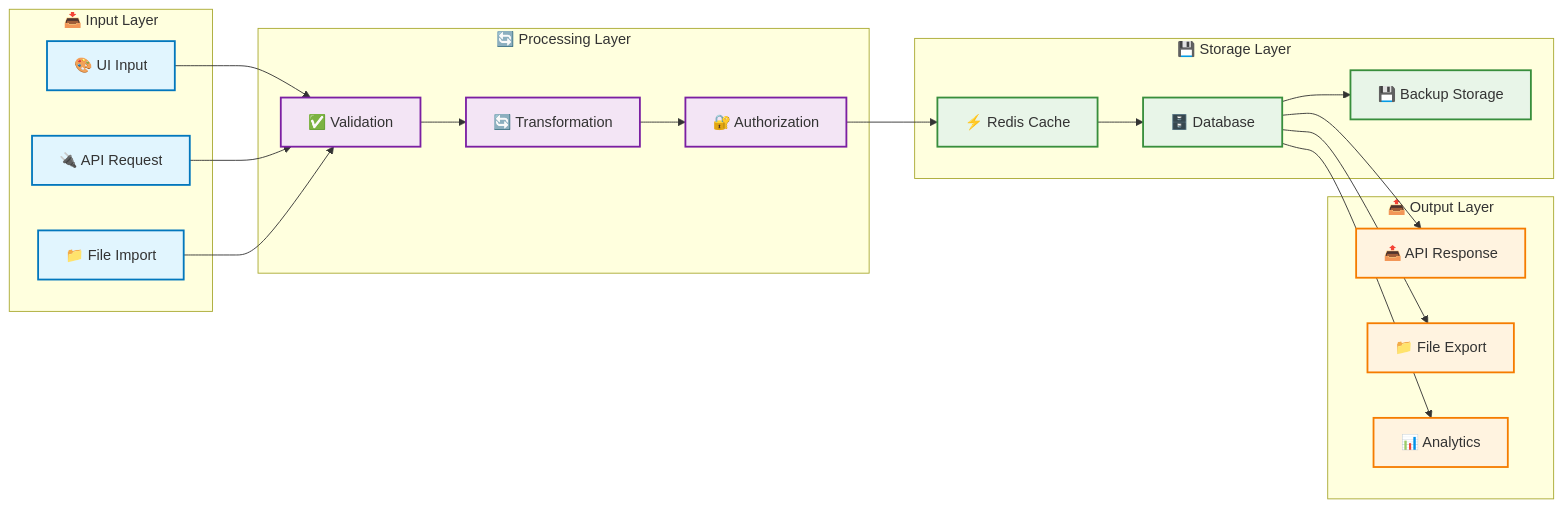
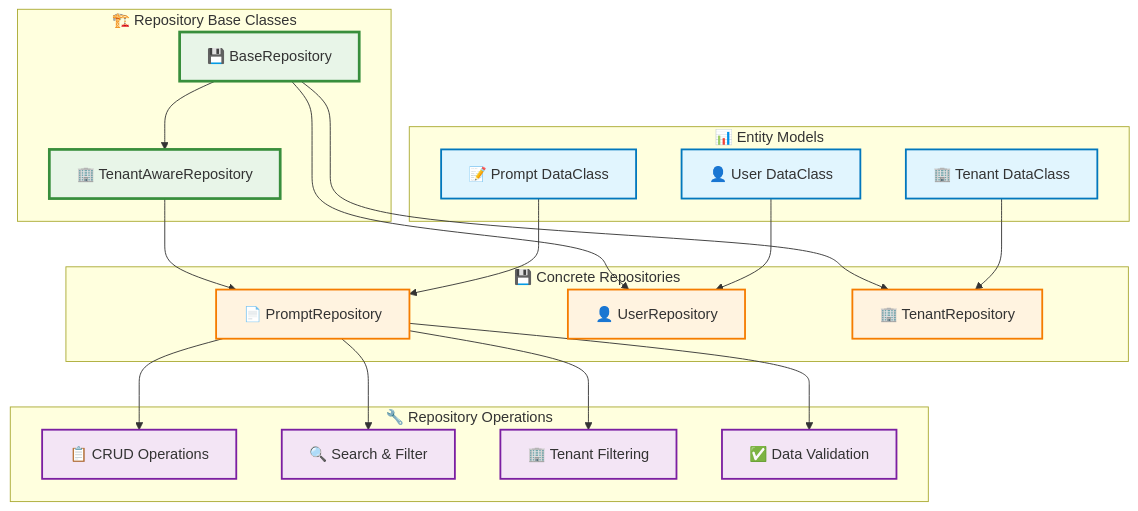
Before and after one commit to MakerCorn/ai-prompt-manager: the eighth of 16 diagrams in ARCHITECTURE.md, drawn with Mermaid. The commit also changed other lines of this file and 39 other files, not shown here.

````diff
--- a/ARCHITECTURE.md
+++ b/ARCHITECTURE.md
@@ -406,51 +508,50 @@
 ```mermaid
-graph LR
-    subgraph "📥 Input Layer"
-        UI[🎨 UI Input]
-        API[🔌 API Request]
-        FILE[📁 File Import]
+graph TB
+    subgraph "🏗️ Repository Base Classes"
+        BASE_REPO[💾 BaseRepository<T>]
+        TENANT_REPO[🏢 TenantAwareRepository<T>]
     end
 
-    subgraph "🔄 Processing Layer"
-        VALID[✅ Validation]
-        TRANS[🔄 Transformation]
-        AUTH[🔐 Authorization]
+    subgraph "📊 Entity Models"
+        PROMPT_MODEL[📝 Prompt DataClass]
+        USER_MODEL[👤 User DataClass]
+        TENANT_MODEL[🏢 Tenant DataClass]
     end
 
-    subgraph "💾 Storage Layer"
-        CACHE[⚡ Redis Cache]
-        DB[🗄️ Database]
-        BACKUP[💾 Backup Storage]
+    subgraph "💾 Concrete Repositories"
+        PROMPT_REPO[📄 PromptRepository]
+        USER_REPO[👤 UserRepository]
+        TENANT_REPO_IMPL[🏢 TenantRepository]
     end
 
-    subgraph "📤 Output Layer"
-        RESPONSE[📤 API Response]
-        EXPORT[📁 File Export]
-        METRICS[📊 Analytics]
+    subgraph "🔧 Repository Operations"
+        CRUD[📋 CRUD Operations]
+        SEARCH[🔍 Search & Filter]
+        TENANT_FILTER[🏢 Tenant Filtering]
+        VALIDATION[✅ Data Validation]
     end
 
-    UI --> VALID
-    API --> VALID
-    FILE --> VALID
-    
-    VALID --> TRANS
-    TRANS --> AUTH
-    AUTH --> CACHE
-    
-    CACHE --> DB
-    DB --> BACKUP
-    
-    DB --> RESPONSE
-    DB --> EXPORT
-    DB --> METRICS
+    BASE_REPO --> TENANT_REPO
+    TENANT_REPO --> PROMPT_REPO
+    BASE_REPO --> USER_REPO
+    BASE_REPO --> TENANT_REPO_IMPL
 
-    classDef inputLayer fill:#e1f5fe,stroke:#0277bd,stroke-width:2px
-    classDef processLayer fill:#f3e5f5,stroke:#7b1fa2,stroke-width:2px
-    classDef storageLayer fill:#e8f5e8,stroke:#388e3c,stroke-width:2px
-    classDef outputLayer fill:#fff3e0,stroke:#f57c00,stroke-width:2px
+    PROMPT_MODEL --> PROMPT_REPO
+    USER_MODEL --> USER_REPO
+    TENANT_MODEL --> TENANT_REPO_IMPL
 
-    class UI,API,FILE inputLayer
-    class VALID,TRANS,AUTH processLayer
-    class CACHE,DB,BACKUP storageLayer
-    class RESPONSE,EXPORT,METRICS outputLayer
+    PROMPT_REPO --> CRUD
+    PROMPT_REPO --> SEARCH
+    PROMPT_REPO --> TENANT_FILTER
+    PROMPT_REPO --> VALIDATION
+
+    classDef base fill:#e8f5e8,stroke:#388e3c,stroke-width:3px
+    classDef model fill:#e1f5fe,stroke:#0277bd,stroke-width:2px
+    classDef repository fill:#fff3e0,stroke:#f57c00,stroke-width:2px
+    classDef operations fill:#f3e5f5,stroke:#7b1fa2,stroke-width:2px
+
+    class BASE_REPO,TENANT_REPO base
+    class PROMPT_MODEL,USER_MODEL,TENANT_MODEL model
+    class PROMPT_REPO,USER_REPO,TENANT_REPO_IMPL repository
+    class CRUD,SEARCH,TENANT_FILTER,VALIDATION operations
 ```
````
